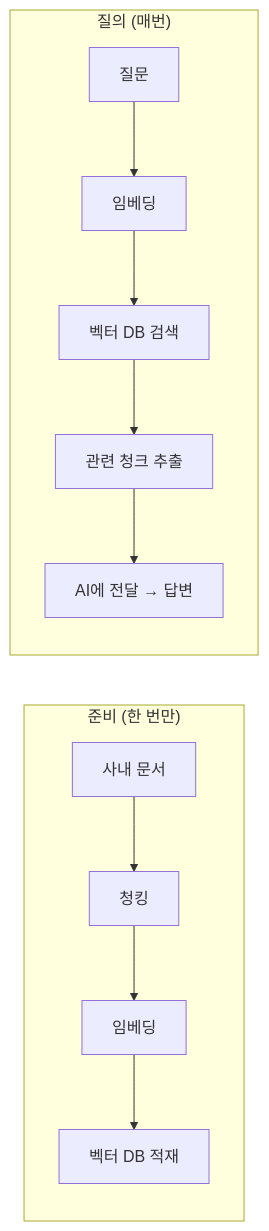
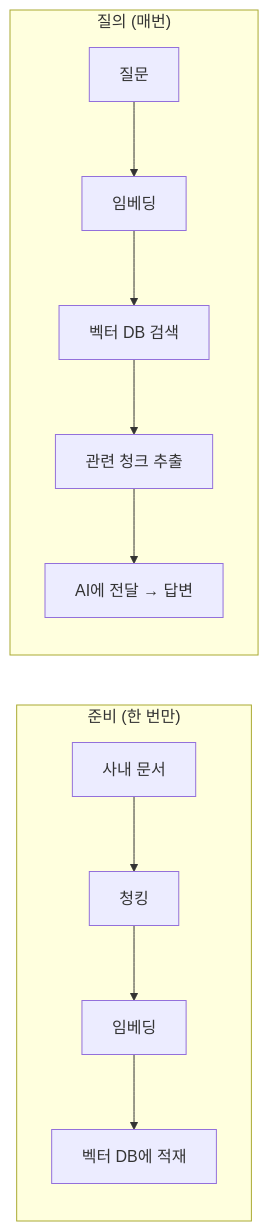
One commit to RJ-Stony/injoy changed the first of 2 diagrams in src/content/posts/rag-1-survey.md. Above: the diagram before and after it, drawn with Mermaid. The commit also changed other lines of this file, not shown here.

````diff
--- a/src/content/posts/rag-1-survey.md
+++ b/src/content/posts/rag-1-survey.md
@@ -22,14 +24,14 @@
 ```mermaid
 flowchart LR
     subgraph P["준비 (한 번만)"]
         D["사내 문서"] --> C["청킹"]
         C --> E1["임베딩"]
-        E1 --> V["벡터 DB 적재"]
+        E1 --> V["벡터 DB에 적재"]
     end
     subgraph Q["질의 (매번)"]
         Q1["질문"] --> E2["임베딩"]
         E2 --> S["벡터 DB 검색"]
         S --> K["관련 청크 추출"]
         K --> L["AI에 전달 → 답변"]
     end
 ```
````
